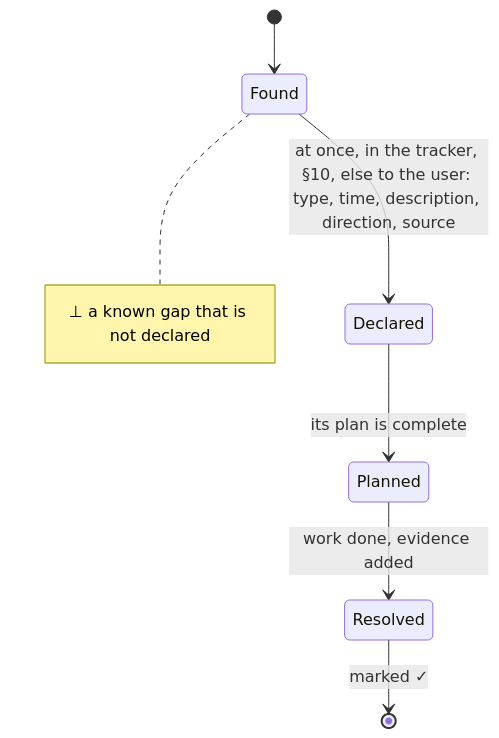
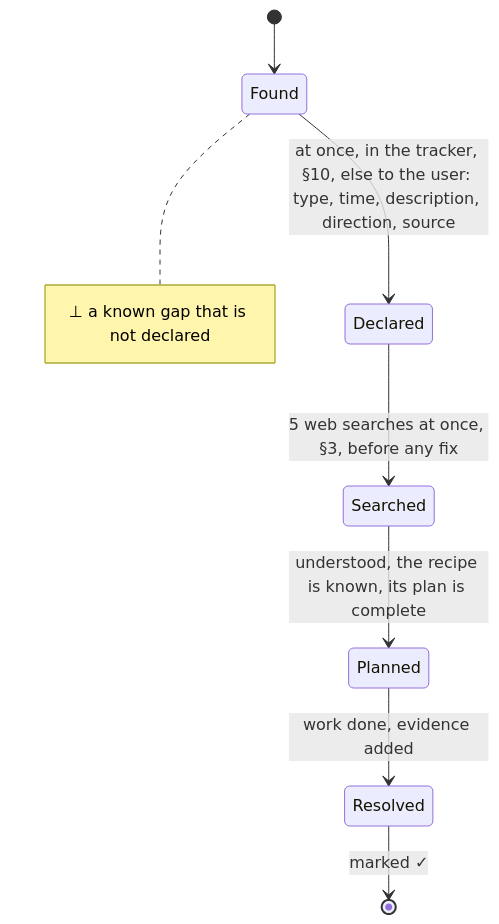
Diagram 13 of 14 in AGENTS.md (SolenixAI/arbiter), drawn with Mermaid before and after one commit. The commit also changed other lines of this file and 1 other file, not shown here.

````diff
--- a/AGENTS.md
+++ b/AGENTS.md
@@ -595,9 +615,10 @@
 ```mermaid
 stateDiagram-v2
   [*] --> Found
   Found --> Declared: at once, in the tracker, §10, else to the user: type, time, description, direction, source
-  Declared --> Planned: its plan is complete
+  Declared --> Searched: 5 web searches at once, §3, before any fix
+  Searched --> Planned: understood, the recipe is known, its plan is complete
   Planned --> Resolved: work done, evidence added
   Resolved --> [*]: marked ✓
   note right of Found : ⊥ a known gap that is not declared
 ```
````
